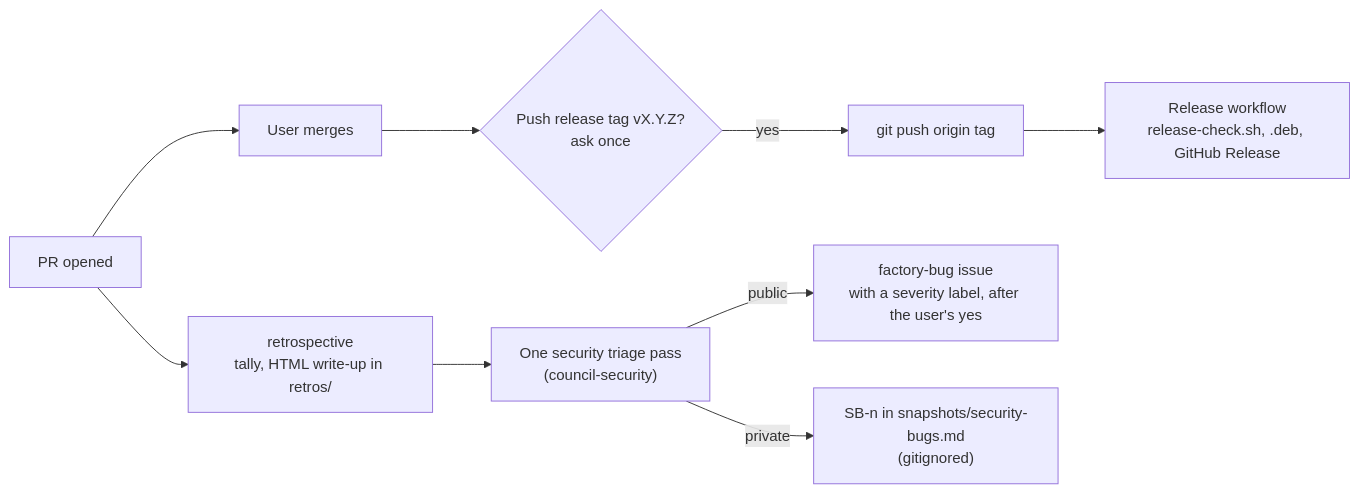
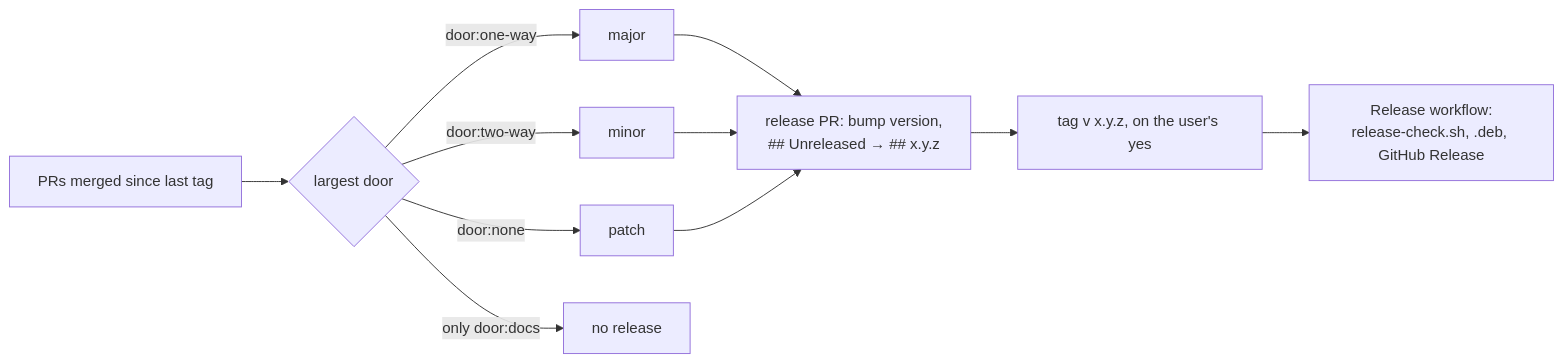
Before and after one commit to Sherlock64/zeni: the fifth of 5 diagrams in docs/workflow.md, drawn with Mermaid. The commit also changed other lines of this file and 62 other files, not shown here.

First line of the commit message:
v7.2.1: factory workflow and epic roadmap

````diff
--- a/docs/workflow.md
+++ b/docs/workflow.md
@@ -49,9 +68,9 @@
 ```mermaid
 flowchart LR
-  PR["PR opened"] --> Retro["retrospective<br/>tally, HTML write-up in retros/"]
-  PR --> Merge["User merges"] --> Ask{"Push release tag vX.Y.Z?<br/>ask once"}
-  Ask -- yes --> Tag["git push origin tag"] --> Rel["Release workflow<br/>release-check.sh, .deb, GitHub Release"]
-  Retro --> Triage["One security triage pass<br/>(council-security)"]
-  Triage -- public --> Issue["factory-bug issue<br/>with a severity label, after the user's yes"]
-  Triage -- private --> SB["SB-n in snapshots/security-bugs.md<br/>(gitignored)"]
+  M["PRs merged since last tag"] --> D{"largest door"}
+  D -- "door:one-way" --> Maj["major"]
+  D -- "door:two-way" --> Min["minor"]
+  D -- "door:none" --> Pat["patch"]
+  D -- "only door:docs" --> No["no release"]
+  Maj & Min & Pat --> RP["release PR: bump version,<br/>## Unreleased → ## x.y.z"] --> Tag["tag v x.y.z, on the user's yes"] --> GH["Release workflow:<br/>release-check.sh, .deb, GitHub Release"]
 ```
````
